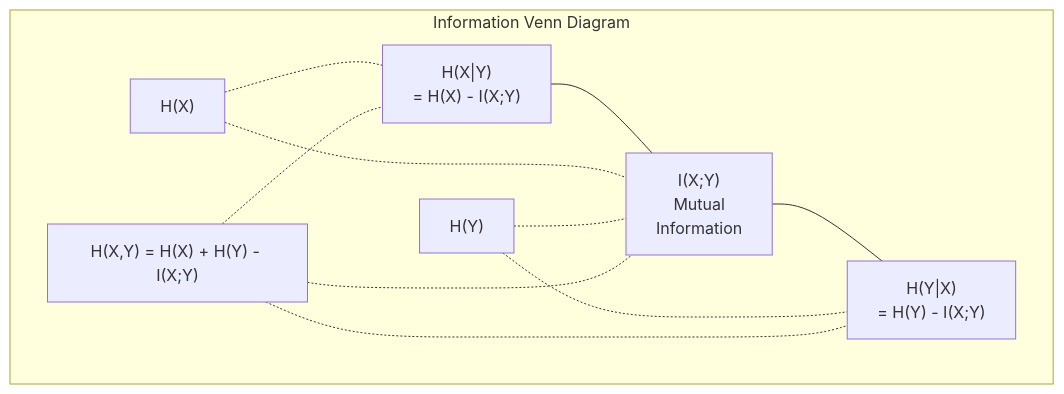
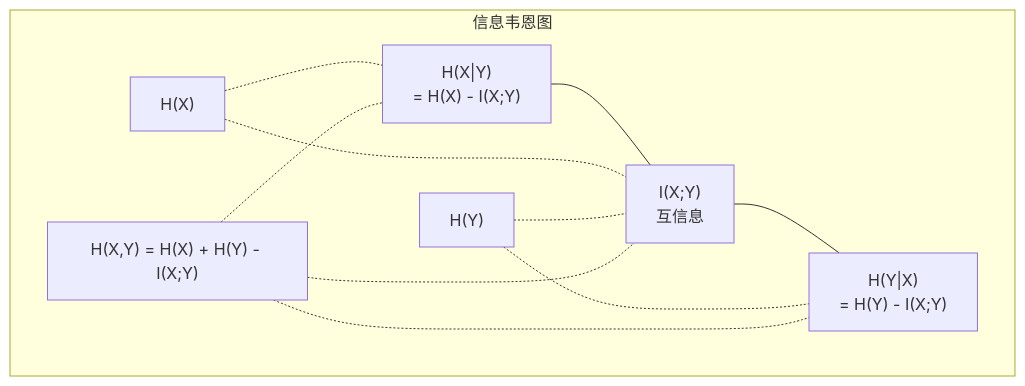
One commit to alessandrodinisio-ai/ai-engineering-learning-framework changed the diagram in phases/01-math-foundations/09-information-theory/docs/zh.md. Above: the diagram before and after it, drawn with Mermaid. The commit also changed 120 other files, not shown here.

First line of the commit message:
i18n(mermaid): 337 个 mermaid 图表标签中文化

````diff
--- a/phases/01-math-foundations/09-information-theory/docs/zh.md
+++ b/phases/01-math-foundations/09-information-theory/docs/zh.md
@@ -146,22 +146,22 @@
 ```mermaid
 graph TD
-    subgraph "Information Venn Diagram"
+    subgraph "信息韦恩图"
         direction LR
         HX["H(X)"]
         HY["H(Y)"]
-        MI["I(X;Y)<br/>Mutual<br/>Information"]
+        MI["I(X;Y)<br/>互信息"]
         HXgY["H(X|Y)<br/>= H(X) - I(X;Y)"]
         HYgX["H(Y|X)<br/>= H(Y) - I(X;Y)"]
         HXY["H(X,Y) = H(X) + H(Y) - I(X;Y)"]
     end
 
     HXgY --- MI
     MI --- HYgX
     HX -.- HXgY
     HX -.- MI
     HY -.- MI
     HY -.- HYgX
     HXY -.- HXgY
     HXY -.- MI
     HXY -.- HYgX
 ```
````
